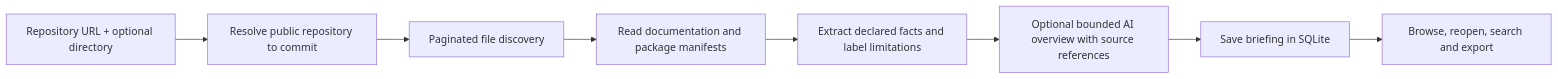
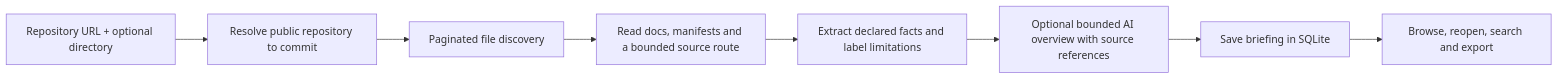
One commit to arthurcui/reposleuth-ai changed the diagram in README.md. Above: the diagram before and after it, drawn with Mermaid. The commit also changed other lines of this file and 57 other files, not shown here.

````diff
--- a/README.md
+++ b/README.md
@@ -32,10 +32,10 @@
 ```mermaid
 flowchart LR
     Input[Repository URL + optional directory] --> Pin[Resolve public repository to commit]
     Pin --> Inventory[Paginated file discovery]
-    Inventory --> Read[Read documentation and package manifests]
+    Inventory --> Read[Read docs, manifests and a bounded source route]
     Read --> Extract[Extract declared facts and label limitations]
     Extract --> Explain[Optional bounded AI overview with source references]
     Explain --> Save[Save briefing in SQLite]
     Save --> UI[Browse, reopen, search and export]
 ```
````
